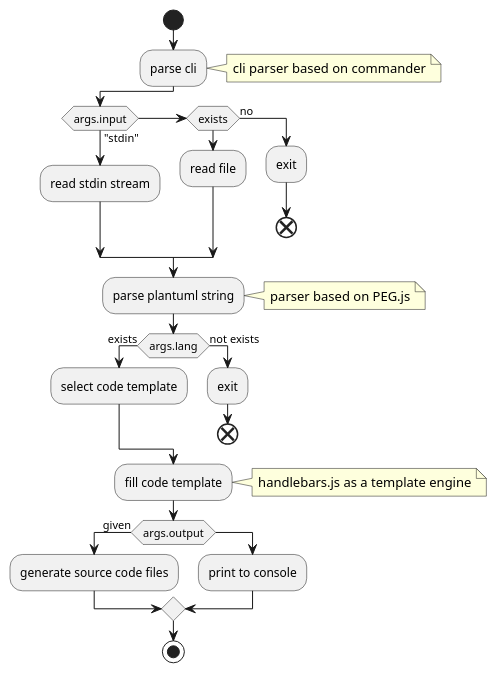
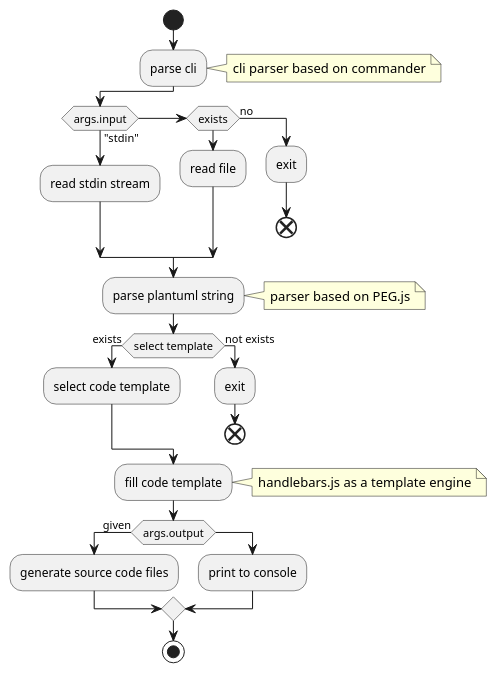
The diagram in logic.puml (jupe/puml2code), drawn with PlantUML before and after one commit. The commit also changed 2 other files, not shown here.

```diff
--- a/logic.puml
+++ b/logic.puml
@@ -1,44 +1,44 @@
 @startuml
 
 start
 
 :parse cli;
 note right
   cli parser based on commander
 end note
 
 if (args.input) then ("stdin")
   :read stdin stream;
 else if (exists)
   :read file;
 else (no)
   :exit;
   end
 endif
 
 :parse plantuml string;
 note right
   parser based on PEG.js
 end note
 
-if (args.lang) then (exists)
+if (select template) then (exists)
   :select code template;
 else (not exists)
   :exit;
   end
 endif
 
 :fill code template;
 note right
   handlebars.js as a template engine
 end note
 
 if (args.output) then (given)
   :generate source code files;
 else
   :print to console;
 endif
 
 stop
 
 @enduml
```
